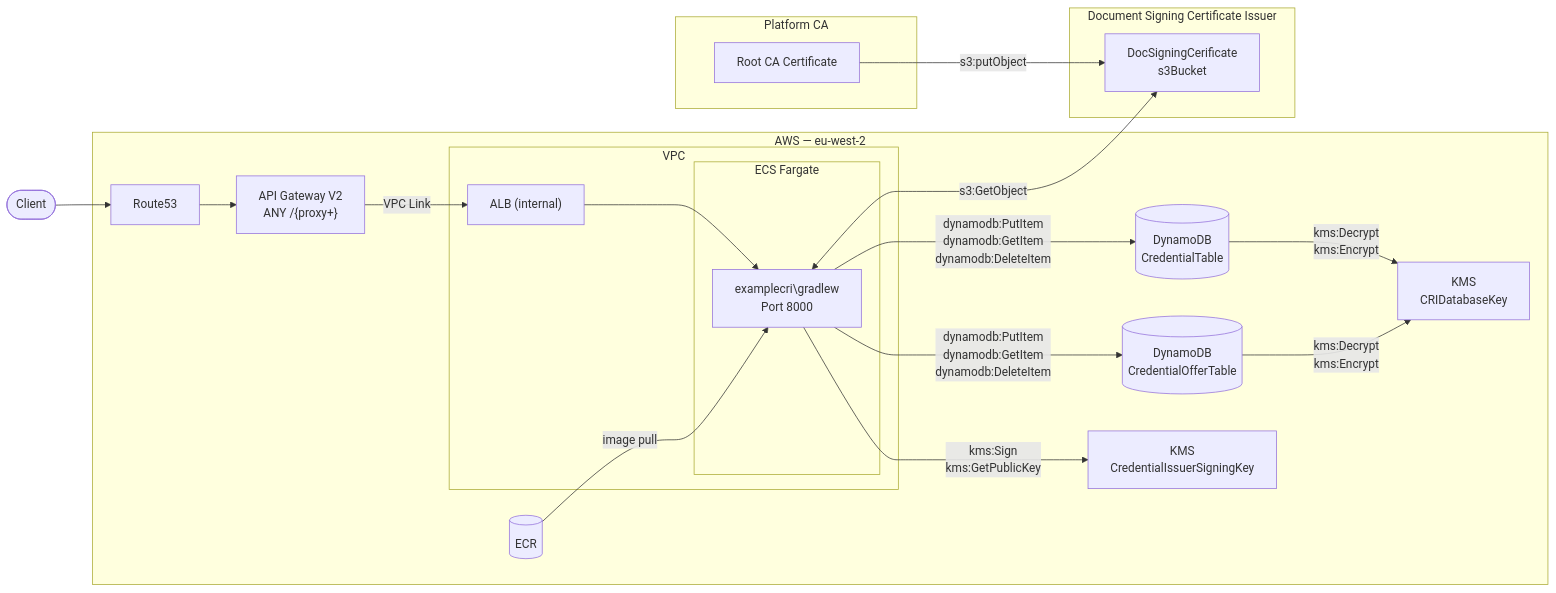
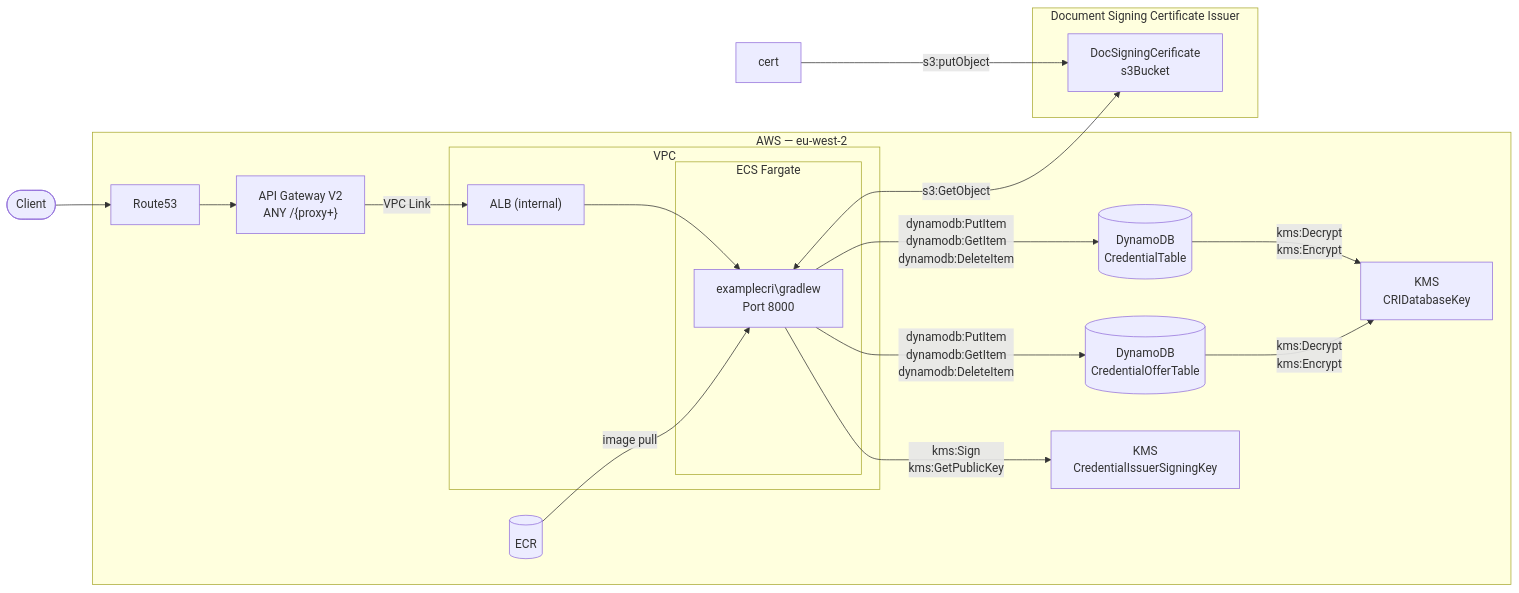
The diagram in example-credential-issuer/docs/infrastructure.md (govuk-one-login/mobile-wallet-example-credential-issuer), drawn with Mermaid before and after one commit.

Commit message:
fix: deleted platform ca

````diff
--- a/example-credential-issuer/docs/infrastructure.md
+++ b/example-credential-issuer/docs/infrastructure.md
@@ -5,39 +5,36 @@
 ```mermaid
 
 flowchart LR
  subgraph ecs["ECS Fargate"]
         container["examplecri\gradlew\n Port 8000"]
   end
  subgraph vpc["VPC"]
         alb["ALB (internal)"]
         ecs
   end
  subgraph aws["AWS — eu-west-2"]
         dns["Route53"]
         agw["API Gateway V2\n ANY /{proxy+}"]
         vpc
         ecr[("ECR")]
         ddb1[("DynamoDB\n CredentialTable")]
         ddb2[("DynamoDB\n CredentialOfferTable")]
         kms1["KMS\n CredentialIssuerSigningKey"]
         kms2["KMS\n CRIDatabaseKey"]
   end
   subgraph dsc["Document Signing Certificate Issuer"]
         dscs3["DocSigningCerificate\n s3Bucket"]
   end
-  subgraph platCA["Platform CA"]
-        cert["Root CA Certificate"]
-  end
     client(["Client"]) --> dns
     dns --> agw
     agw -- VPC Link --> alb
     alb --> container
     ecr -- image pull --> container
     container -- dynamodb:PutItem\n dynamodb:GetItem\n dynamodb:DeleteItem --> ddb1 & ddb2
     container -- kms:Sign\n kms:GetPublicKey --> kms1
     container <-- s3:GetObject --> dscs3
     cert -- s3:putObject  --> dscs3
     ddb1 -- kms:Decrypt\n kms:Encrypt --> kms2
     ddb2 -- kms:Decrypt\n kms:Encrypt --> kms2
 
 ```
````
